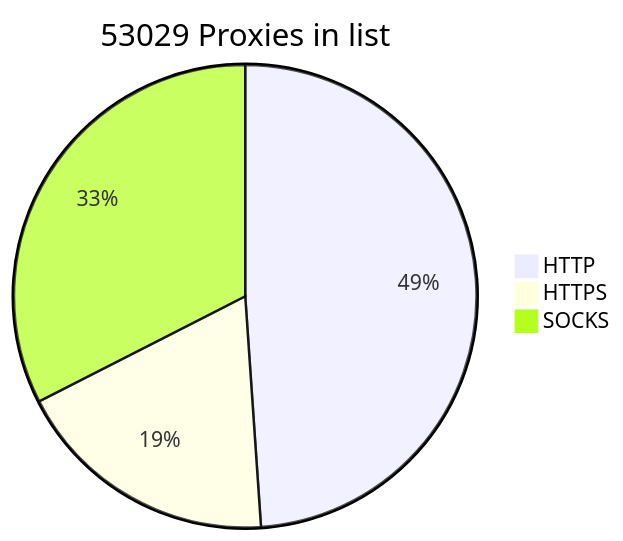
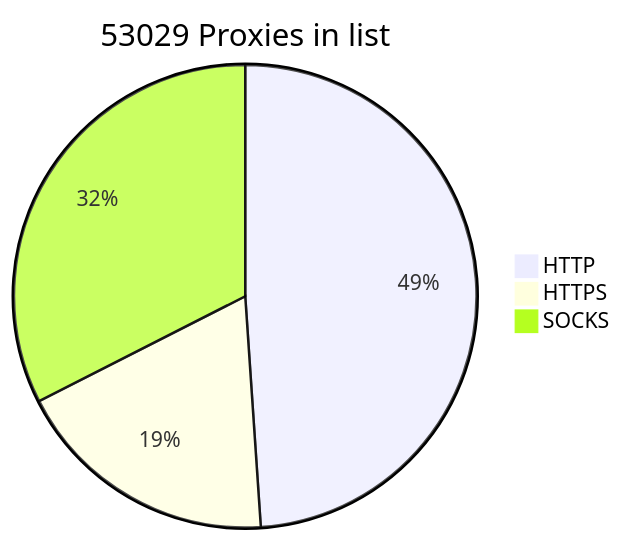
Before and after one commit to BlackSnowDot/proxylist-update-every-minute: the diagram in README.md, drawn with Mermaid.

````diff
--- a/README.md
+++ b/README.md
@@ -2,6 +2,6 @@
 ```mermaid
 pie title 53029 Proxies in list
-    "HTTP" : 29193
+    "HTTP" : 29203
     "HTTPS": 11092
-    "SOCKS" : 19399
+    "SOCKS" : 19393
 ```
````
